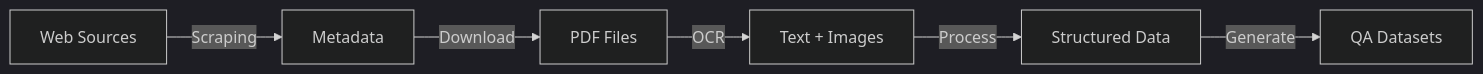
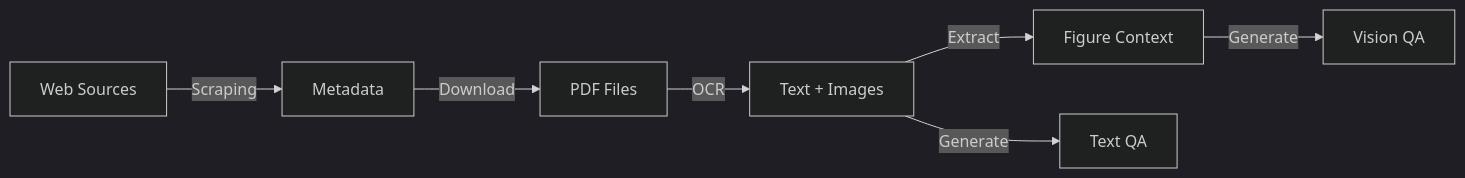
One commit to Chivier/Ryze-Data changed the diagram in README.md. Above: the diagram before and after it, drawn with Mermaid (dark theme). The commit also changed other lines of this file and 14 other files, not shown here.

First line of the commit message:
feat(generators): implement QA generators for text and vision modes [RD-013]

````diff
--- a/README.md
+++ b/README.md
@@ -150,8 +148,9 @@
 ```mermaid
 graph LR
     A[Web Sources] -->|Scraping| B[Metadata]
     B -->|Download| C[PDF Files]
     C -->|OCR| D[Text + Images]
-    D -->|Process| E[Structured Data]
-    E -->|Generate| F[QA Datasets]
+    D -->|Extract| E[Figure Context]
+    D -->|Generate| F[Text QA]
+    E -->|Generate| G[Vision QA]
 ```
````
